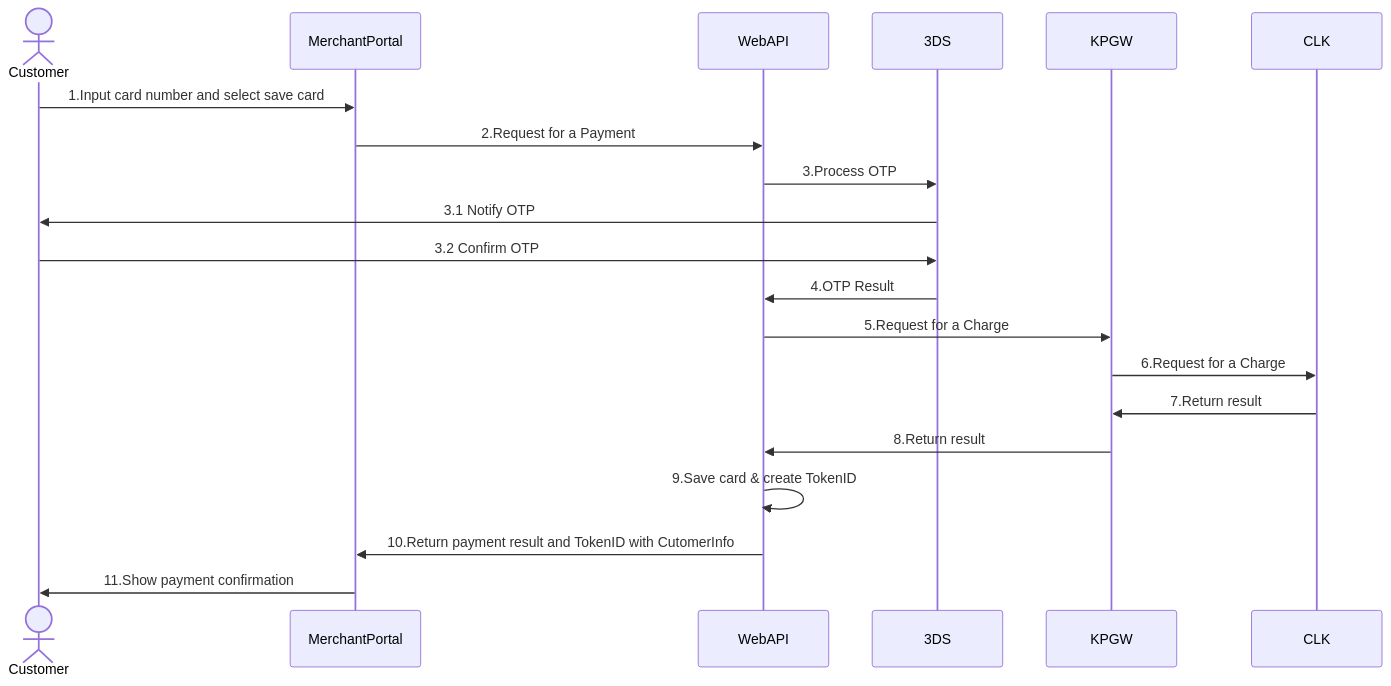
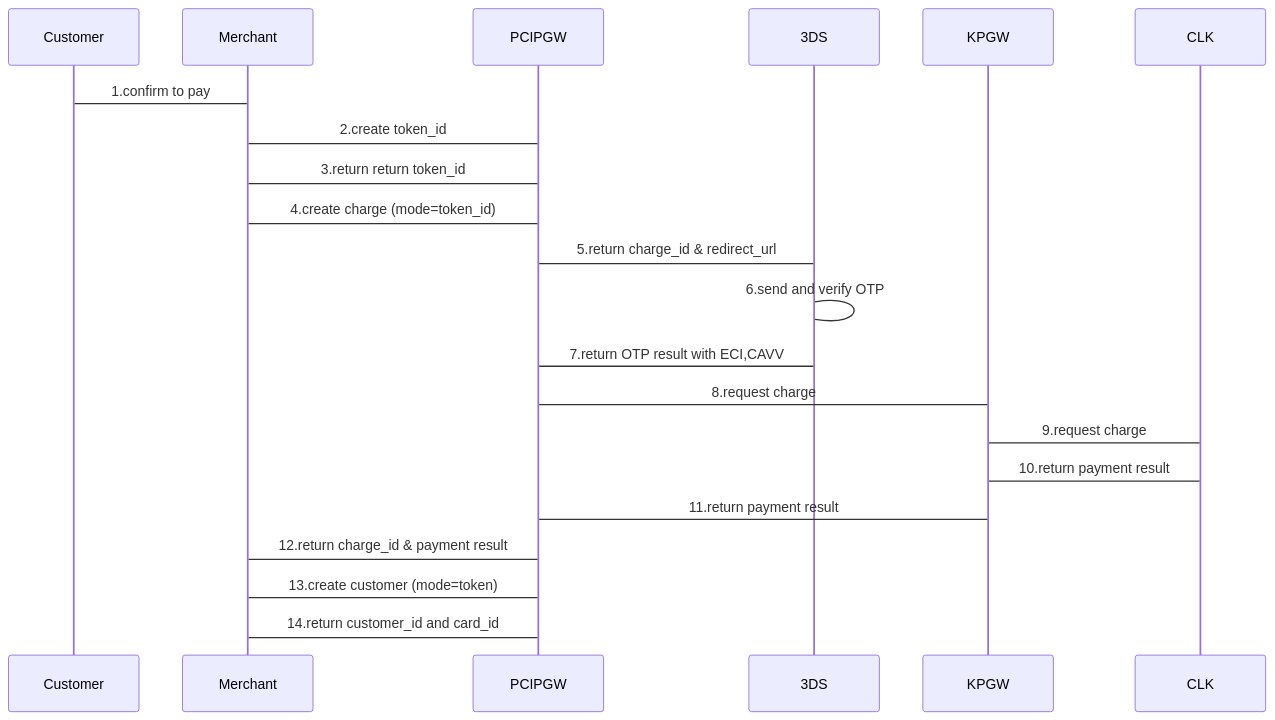
Before and after one commit to yuusuke25/MyNotes: the first of 4 diagrams in Cybs-Ph2-Flow1.md, drawn with Mermaid. The commit also changed other lines of this file, not shown here.

````diff
--- a/Cybs-Ph2-Flow1.md
+++ b/Cybs-Ph2-Flow1.md
@@ -2,23 +2,19 @@
 ```mermaid
     sequenceDiagram
-        Actor Customer
-        participant MerchantPortal
-        participant WebAPI
-        participant 3DS
-        participant KPGW
-        participant CLK
-        Customer->>MerchantPortal: 1.Input card number and select save card
-        MerchantPortal->>WebAPI: 2.Request for a Payment
-        WebAPI->>3DS: 3.Process OTP
-        3DS->>Customer: 3.1 Notify OTP
-        Customer->>3DS: 3.2 Confirm OTP
-        3DS->>WebAPI: 4.OTP Result
-        WebAPI->>KPGW: 5.Request for a Charge
-        KPGW->>CLK: 6.Request for a Charge
-        CLK->>KPGW: 7.Return result
-        KPGW->>WebAPI: 8.Return result
-        WebAPI->>WebAPI: 9.Save card & create TokenID
-        WebAPI->>MerchantPortal: 10.Return payment result and TokenID with CutomerInfo
-        MerchantPortal->>Customer: 11.Show payment confirmation
-        
+        Customer->Merchant:1.confirm to pay
+        Merchant->PCIPGW:2.create token_id
+        PCIPGW->Merchant:3.return return token_id
+        Merchant->PCIPGW:4.create charge (mode=token_id)
+        PCIPGW->3DS:5.return charge_id & redirect_url
+        3DS->3DS:6.send and verify OTP
+        3DS->PCIPGW:7.return OTP result with ECI,CAVV
+        PCIPGW->KPGW:8.request charge
+        KPGW->CLK:9.request charge
+        CLK->KPGW:10.return payment result
+        KPGW->PCIPGW:11.return payment result
+        PCIPGW->Merchant:12.return charge_id & payment result
+
+        Merchant->PCIPGW:13.create customer (mode=token)
+        PCIPGW->Merchant:14.return customer_id and card_id
+
 ```
````
